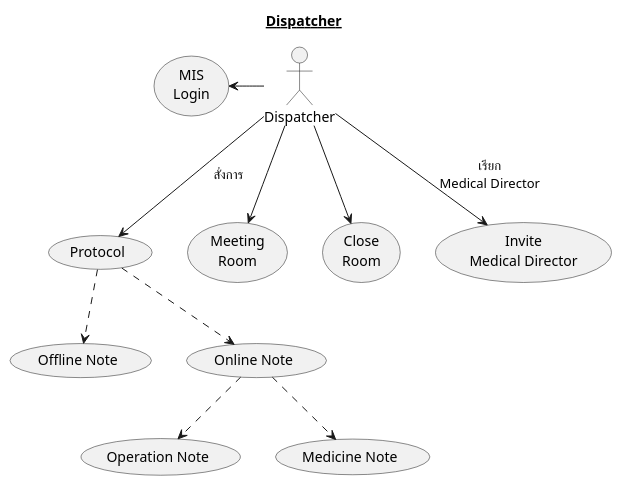
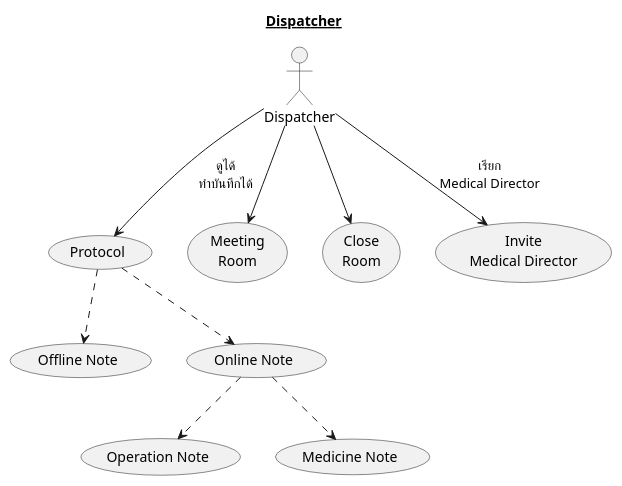
One commit to lionants02/mis-api-doc changed the diagram in uml/scenario_Dispatcher.plantuml. Above: the diagram before and after it, drawn with PlantUML. The commit also changed 14 other files, not shown here.

Commit message:
update diagram

```diff
--- a/uml/scenario_Dispatcher.plantuml
+++ b/uml/scenario_Dispatcher.plantuml
@@ -1,26 +1,24 @@
 @startuml
 Title __Dispatcher__
   :Dispatcher: as Dispatcher
 
   usecase (Protocol) as Protocol
   usecase (Offline Note) as Offline
   usecase (Online Note) as Online
   usecase (Operation Note) as Ops
   usecase (Medicine Note) as Med
   Protocol ..> Offline
   Protocol ..> Online
   Online ..> Ops
   Online ..> Med
 
-  usecase (MIS\nLogin) as MISLogin
   usecase (Meeting\nRoom) as MeetingRoom
   usecase (Close\nRoom) as CloseRoom
   usecase (Invite\nMedical Director) as InviteMD
 
-  Dispatcher -left-> MISLogin
   Dispatcher --> MeetingRoom
   Dispatcher --> CloseRoom
-  Dispatcher --> Protocol : สั่งการ
+  Dispatcher --> Protocol : ดูได้\nทำบันทึกได้
   Dispatcher --> InviteMD : เรียก\nMedical Director
 
 @enduml
```
